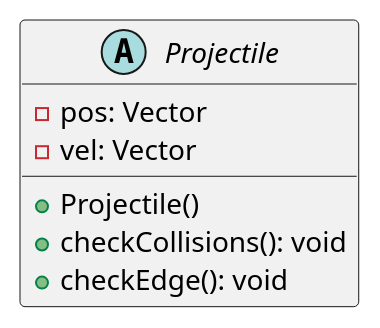
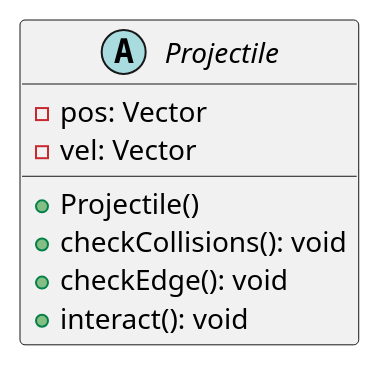
Before and after one commit to eli-wood-dev/Roads-of-Rage: the diagram in UML/Projectile.puml, drawn with PlantUML. The commit also changed 5 other files, not shown here.

```diff
--- a/UML/Projectile.puml
+++ b/UML/Projectile.puml
@@ -1,11 +1,12 @@
 @startuml
 
 abstract class Projectile
 
 Projectile : -pos: Vector
 Projectile : -vel: Vector
 Projectile : +Projectile()
 Projectile : +checkCollisions(): void
 Projectile : +checkEdge(): void
+Projectile : +interact(): void
 
 @enduml
```
